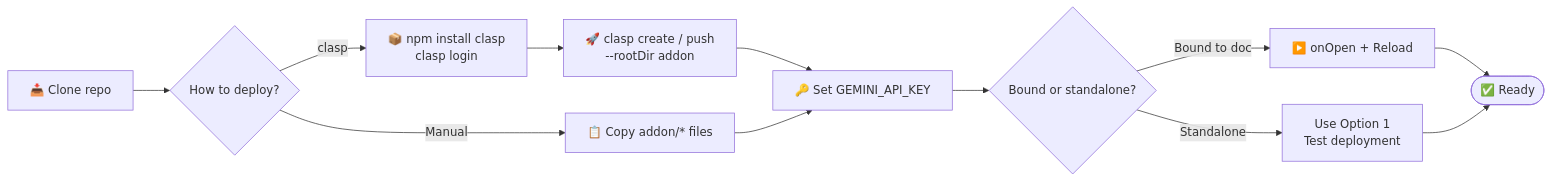
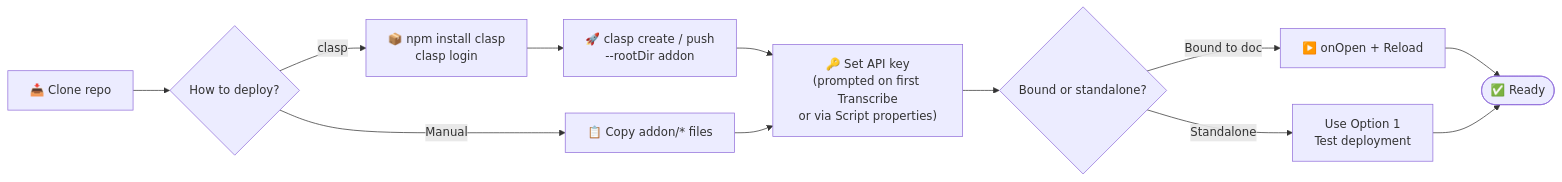
One commit to dekochka/geneascript-gdoc-addon changed the fourth of 4 diagrams in docs/INSTALLATION.md. Above: the diagram before and after it, drawn with Mermaid. The commit also changed other lines of this file and 7 other files, not shown here.

First line of the commit message:
feat: in-flow API key setup, multi-part response fix, UX improvements

````diff
--- a/docs/INSTALLATION.md
+++ b/docs/INSTALLATION.md
@@ -102,14 +104,14 @@
 ```mermaid
 flowchart LR
   A[📥 Clone repo] --> B{How to deploy?}
   B -->|clasp| C[📦 npm install clasp<br/>clasp login]
   B -->|Manual| D[📋 Copy addon/* files]
   C --> E[🚀 clasp create / push<br/>--rootDir addon]
-  E --> F[🔑 Set GEMINI_API_KEY]
+  E --> F["🔑 Set API key<br/>(prompted on first Transcribe<br/>or via Script properties)"]
   D --> F
   F --> G{Bound or standalone?}
   G -->|Bound to doc| H[▶️ onOpen + Reload]
   G -->|Standalone| I[Use Option 1<br/>Test deployment]
   H --> J([✅ Ready])
   I --> J
 ```
````
